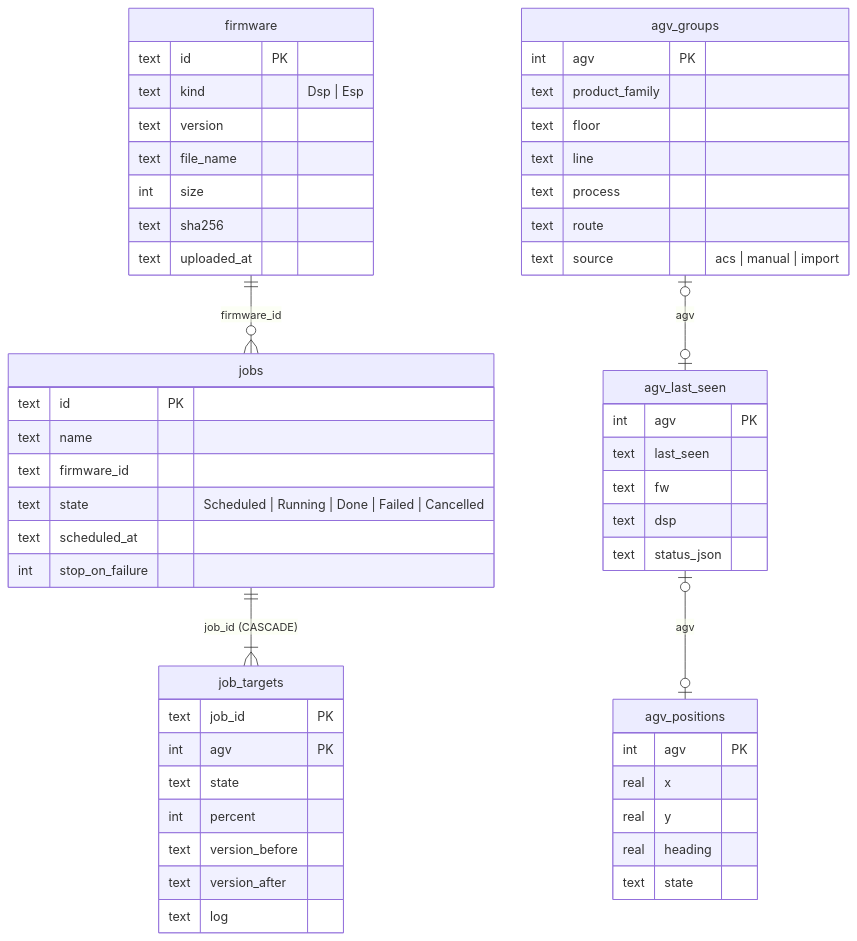
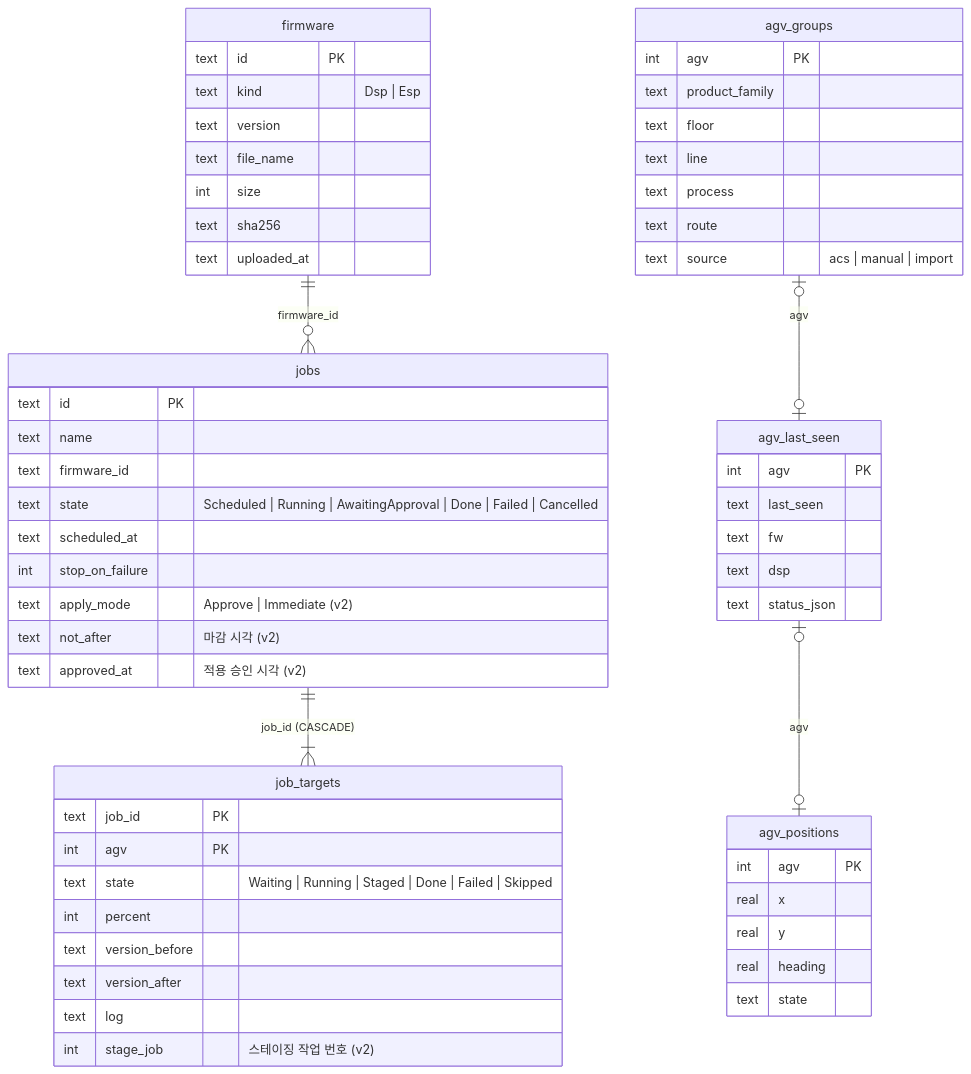
One commit to Leepy0/AGV_FOTA_GATEWAY changed the diagram in docs/diagrams/db-er.mmd. Above: the diagram before and after it, drawn with Mermaid. The commit also changed 34 other files, not shown here.

```diff
--- a/docs/diagrams/db-er.mmd
+++ b/docs/diagrams/db-er.mmd
@@ -1,54 +1,58 @@
 erDiagram
   firmware ||--o{ jobs : "firmware_id"
   jobs ||--|{ job_targets : "job_id (CASCADE)"
   agv_groups |o--o| agv_last_seen : "agv"
   agv_last_seen |o--o| agv_positions : "agv"
   firmware {
     text id PK
     text kind "Dsp | Esp"
     text version
     text file_name
     int size
     text sha256
     text uploaded_at
   }
   jobs {
     text id PK
     text name
     text firmware_id
-    text state "Scheduled | Running | Done | Failed | Cancelled"
+    text state "Scheduled | Running | AwaitingApproval | Done | Failed | Cancelled"
     text scheduled_at
     int stop_on_failure
+    text apply_mode "Approve | Immediate (v2)"
+    text not_after "마감 시각 (v2)"
+    text approved_at "적용 승인 시각 (v2)"
   }
   job_targets {
     text job_id PK
     int agv PK
-    text state
+    text state "Waiting | Running | Staged | Done | Failed | Skipped"
     int percent
     text version_before
     text version_after
     text log
+    int stage_job "스테이징 작업 번호 (v2)"
   }
   agv_groups {
     int agv PK
     text product_family
     text floor
     text line
     text process
     text route
     text source "acs | manual | import"
   }
   agv_positions {
     int agv PK
     real x
     real y
     real heading
     text state
   }
   agv_last_seen {
     int agv PK
     text last_seen
     text fw
     text dsp
     text status_json
   }
```
